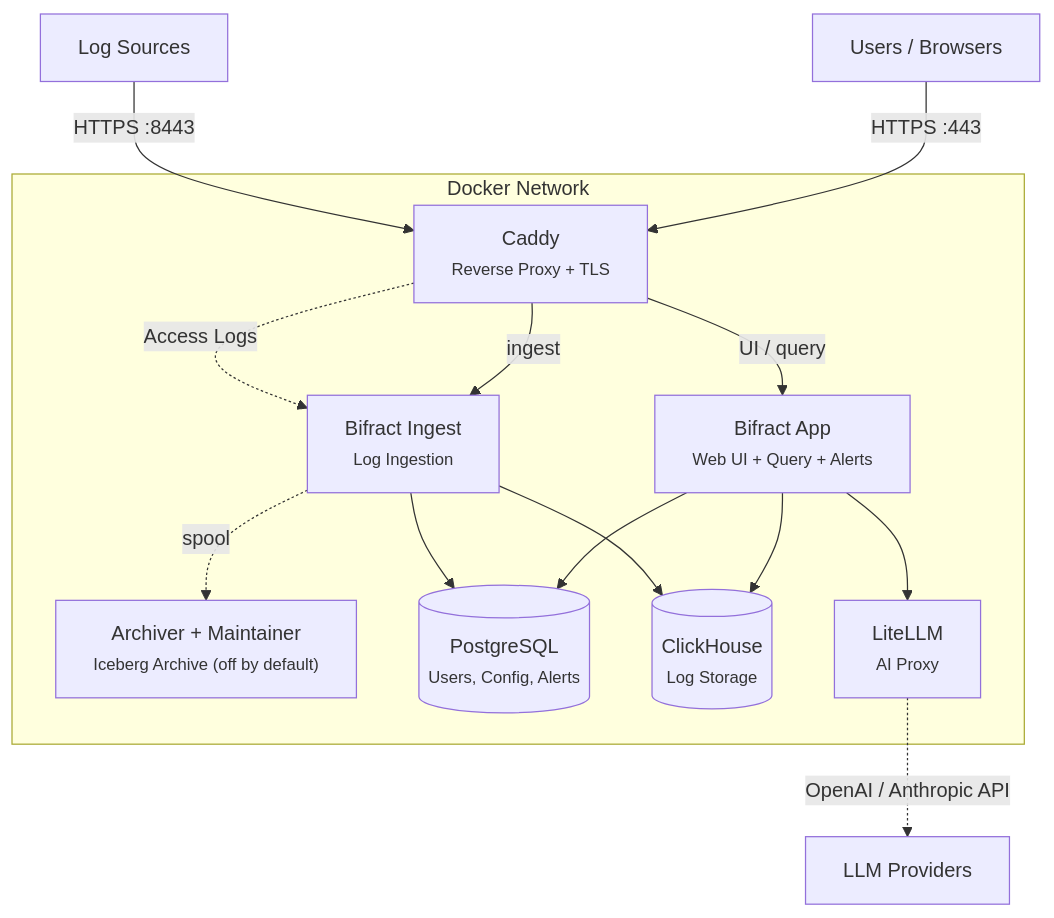
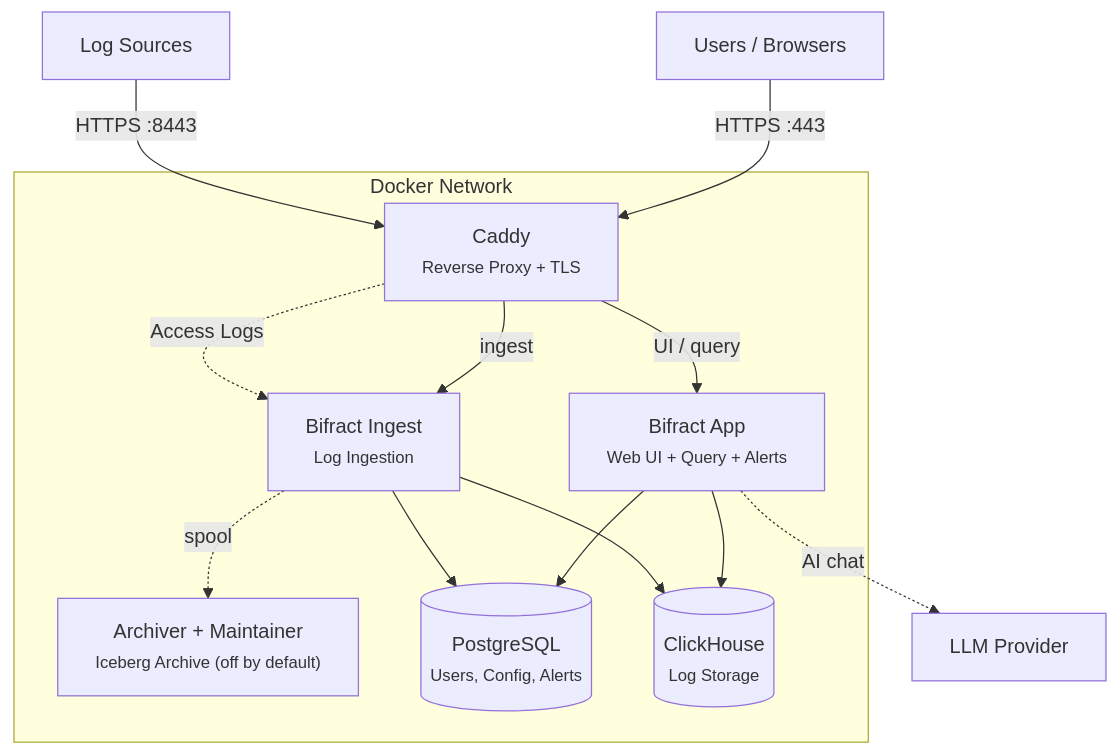
The diagram in docs/getting-started/installation.md (zaneGittins/bifract), drawn with Mermaid before and after one commit. The commit also changed 45 other files, not shown here.

First line of the commit message:
Replace LiteLLM with a built-in LLM client

````diff
--- a/docs/getting-started/installation.md
+++ b/docs/getting-started/installation.md
@@ -79,28 +79,26 @@
 ```mermaid
 graph TB
     users["Users / Browsers"]
     sources["Log Sources"]
 
     subgraph docker ["Docker Network"]
         caddy["Caddy<br/><small>Reverse Proxy + TLS</small>"]
         app["Bifract App<br/><small>Web UI + Query + Alerts</small>"]
         ingest["Bifract Ingest<br/><small>Log Ingestion</small>"]
         archiver["Archiver + Maintainer<br/><small>Iceberg Archive (off by default)</small>"]
         pg[("PostgreSQL<br/><small>Users, Config, Alerts</small>")]
         ch[("ClickHouse<br/><small>Log Storage</small>")]
-        litellm["LiteLLM<br/><small>AI Proxy</small>"]
     end
 
     users -- "HTTPS :443" --> caddy
     sources -- "HTTPS :8443" --> caddy
     caddy -- "UI / query" --> app
     caddy -- "ingest" --> ingest
     caddy -. "Access Logs" .-> ingest
     app --> pg
     app --> ch
     ingest --> pg
     ingest --> ch
     ingest -. "spool" .-> archiver
-    app --> litellm
-    litellm -. "OpenAI / Anthropic API" .-> ext["LLM Providers"]
+    app -. "AI chat" .-> ext["LLM Provider"]
 ```
````
